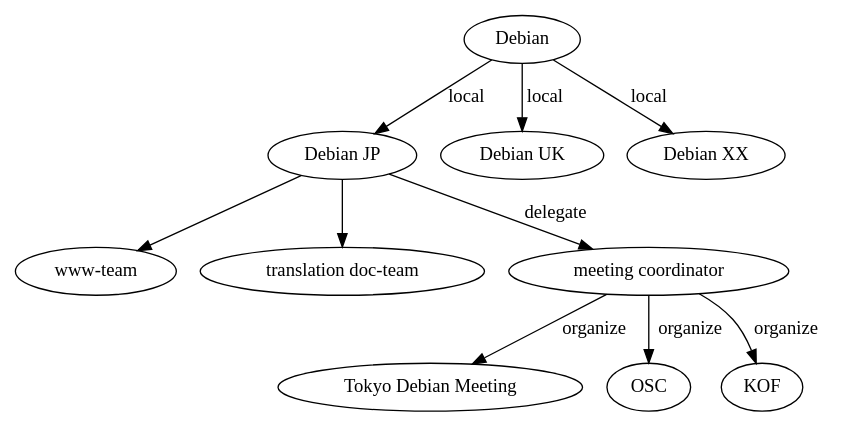
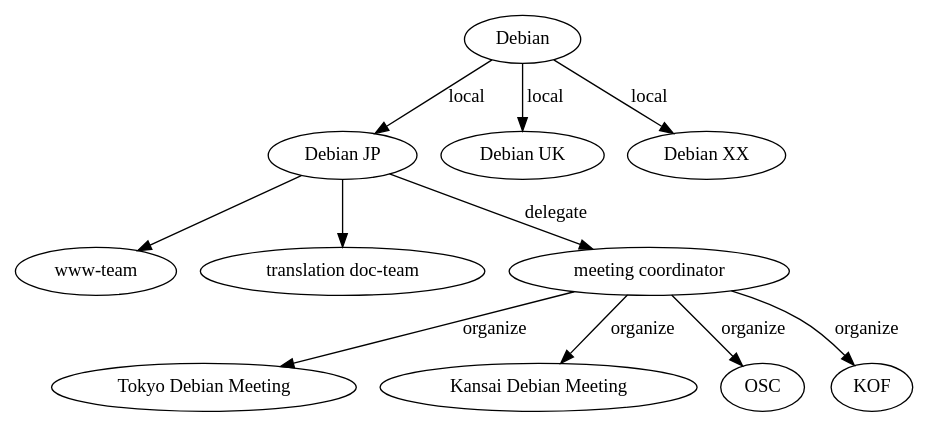
One commit to dancerj/monthly-report changed the diagram in image200610/debianstructure.dot. Above: the diagram before and after it, drawn with Graphviz. The commit also changed 4 other files, not shown here.

```diff
--- a/image200610/debianstructure.dot
+++ b/image200610/debianstructure.dot
@@ -1,12 +1,13 @@
 //dot -T ps < debianstructure.dot > debianstructure.eps
 digraph structure {
 "Debian" -> "Debian JP" [label="local"];
 "Debian" -> "Debian UK" [label="local"];
 "Debian" -> "Debian XX" [label="local"];
 "Debian JP" -> "www-team" [label=""];
 "Debian JP" -> "translation doc-team" [label=""];
 "Debian JP" -> "meeting coordinator" [label="delegate"];
 "meeting coordinator" -> "Tokyo Debian Meeting" [label="organize"];
+"meeting coordinator" -> "Kansai Debian Meeting" [label="organize"];
 "meeting coordinator" -> "OSC" [label="organize"];
 "meeting coordinator" -> "KOF" [label="organize"];
 }
```
